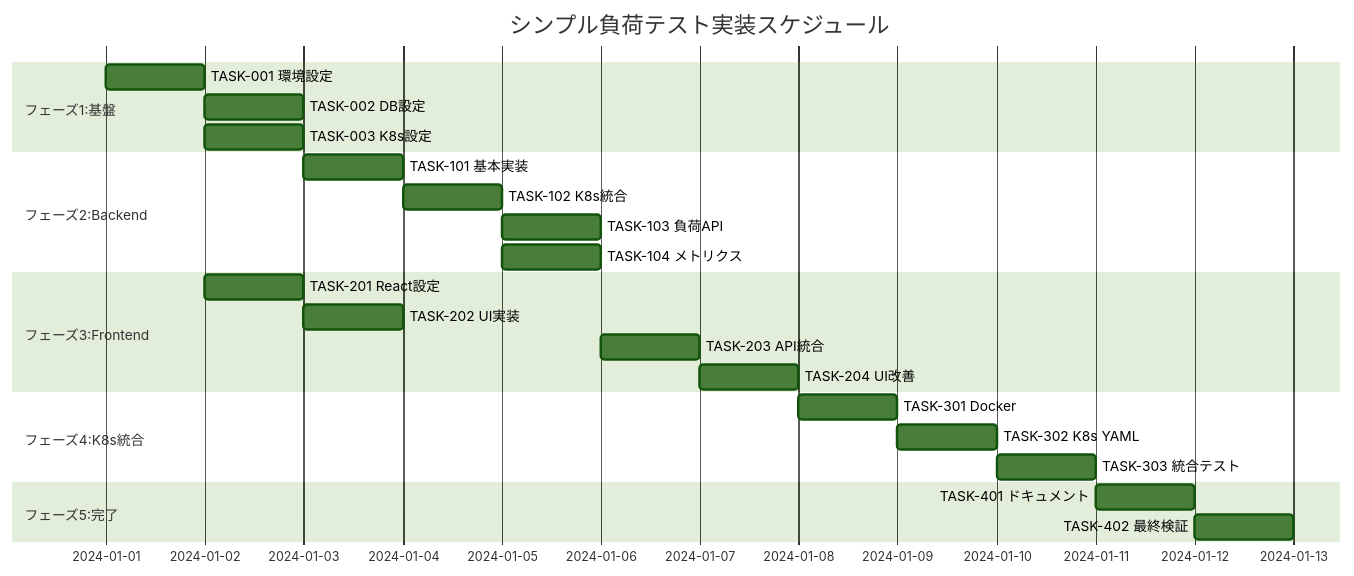
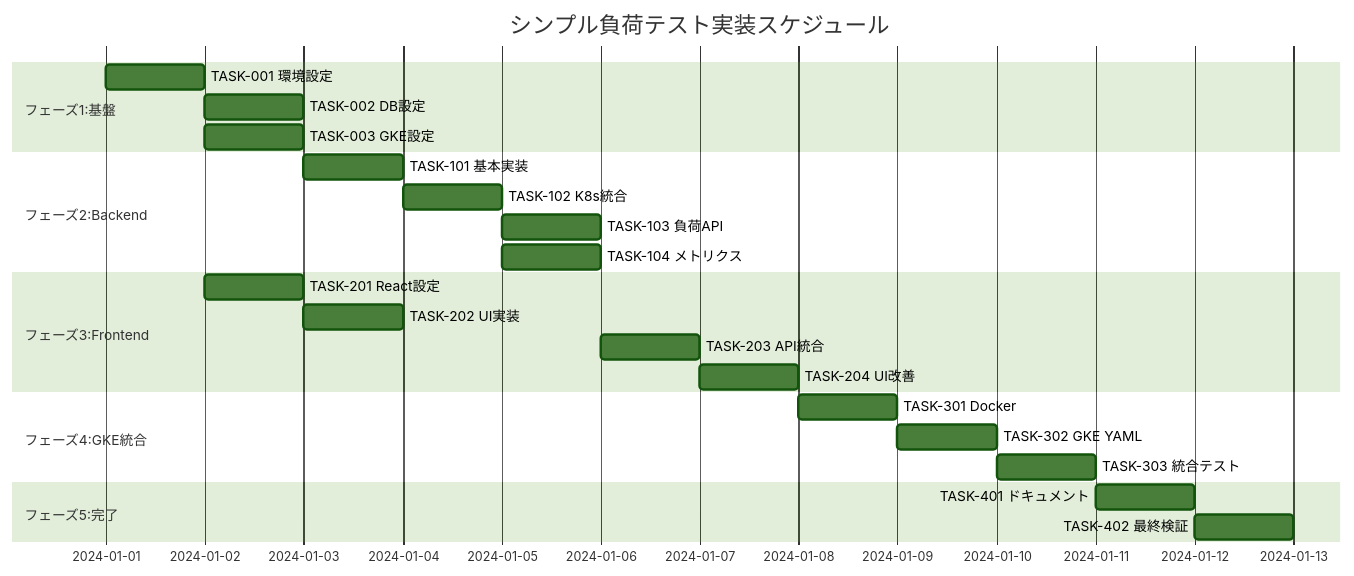
Before and after one commit to HamadaKoh/training_camp_tumiki: the diagram in docs/tasks/simple-load-test-tasks.md, drawn with Mermaid (forest theme). The commit also changed other lines of this file and 7 other files, not shown here.

````diff
--- a/docs/tasks/simple-load-test-tasks.md
+++ b/docs/tasks/simple-load-test-tasks.md
@@ -379,31 +395,31 @@
 ```mermaid
 gantt
     title シンプル負荷テスト実装スケジュール
     dateFormat  YYYY-MM-DD
     
     section フェーズ1:基盤
     TASK-001 環境設定     :a1, 2024-01-01, 1d
     TASK-002 DB設定       :a2, after a1, 1d
-    TASK-003 K8s設定      :a3, after a1, 1d
+    TASK-003 GKE設定      :a3, after a1, 1d
     
     section フェーズ2:Backend
     TASK-101 基本実装     :b1, after a2, 1d
     TASK-102 K8s統合      :b2, after b1 a3, 1d
     TASK-103 負荷API      :b3, after b2, 1d
     TASK-104 メトリクス   :b4, after b2, 1d
     
     section フェーズ3:Frontend
     TASK-201 React設定    :c1, after a1, 1d
     TASK-202 UI実装       :c2, after c1, 1d
     TASK-203 API統合      :c3, after c2 b3 b4, 1d
     TASK-204 UI改善       :c4, after c3, 1d
     
-    section フェーズ4:K8s統合
+    section フェーズ4:GKE統合
     TASK-301 Docker       :d1, after b4 c4, 1d
-    TASK-302 K8s YAML     :d2, after d1, 1d
+    TASK-302 GKE YAML     :d2, after d1, 1d
     TASK-303 統合テスト   :d3, after d2, 1d
     
     section フェーズ5:完了
     TASK-401 ドキュメント :e1, after d3, 1d
     TASK-402 最終検証     :e2, after e1, 1d
 ```
````
